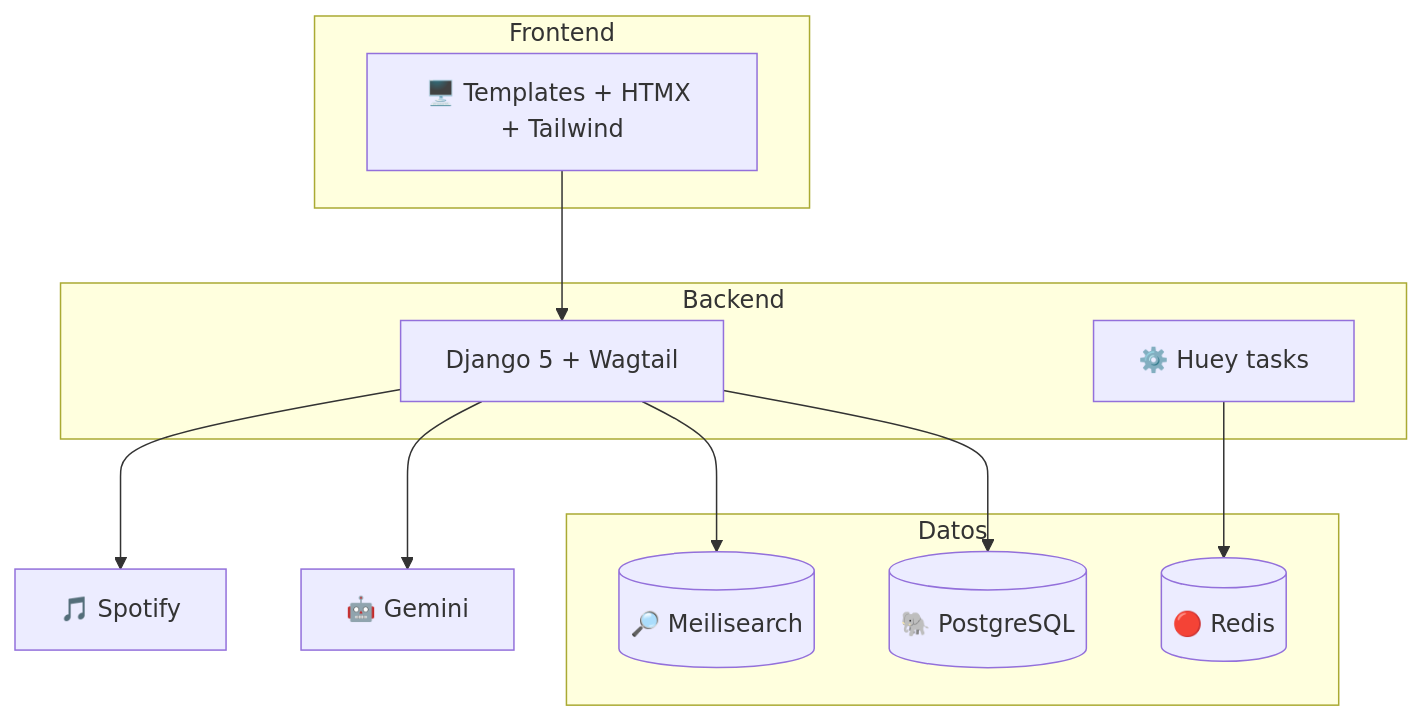
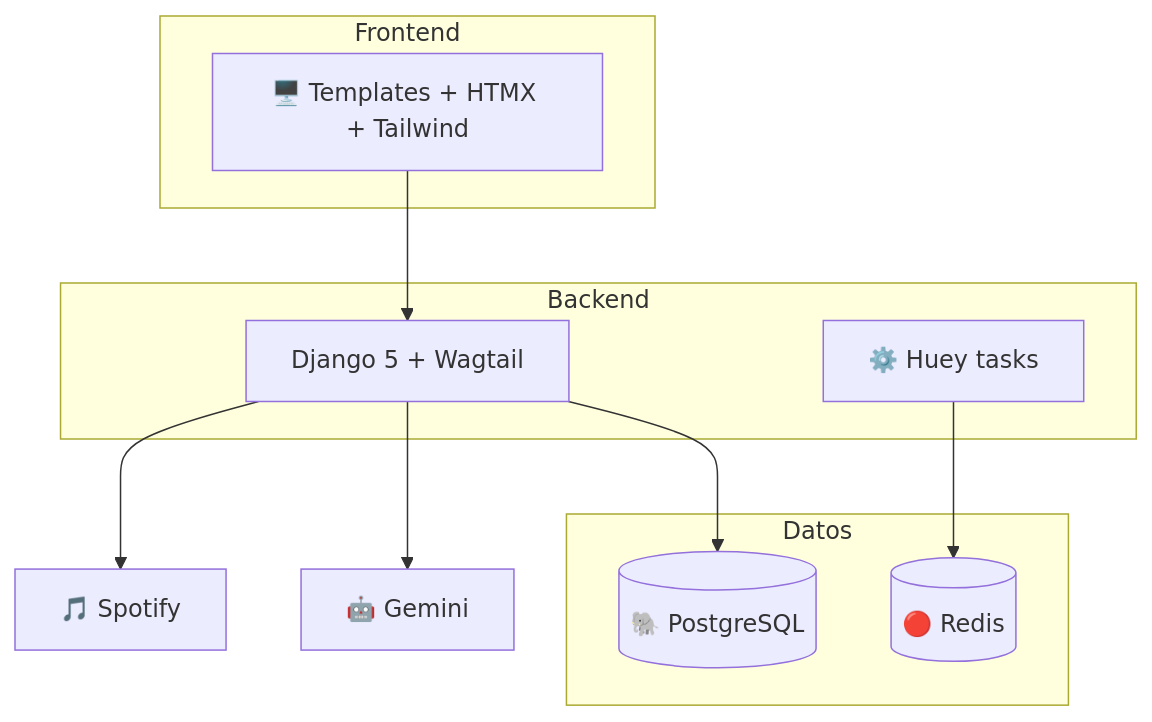
The first of 2 diagrams in documentacion/tecnica/arquitectura.md (deleyva/app-martina), drawn with Mermaid before and after one commit. The commit also changed other lines of this file and 47 other files, not shown here.

````diff
--- a/documentacion/tecnica/arquitectura.md
+++ b/documentacion/tecnica/arquitectura.md
@@ -13,21 +13,19 @@
 ```mermaid
 graph TB
     subgraph Frontend
         UI[🖥️ Templates + HTMX + Tailwind]
     end
     subgraph Backend
         DJANGO[Django 5 + Wagtail]
         HUEY[⚙️ Huey tasks]
     end
     subgraph Datos
         PG[(🐘 PostgreSQL)]
         REDIS[(🔴 Redis)]
-        MEILI[(🔎 Meilisearch)]
     end
     UI --> DJANGO
     DJANGO --> PG
-    DJANGO --> MEILI
     HUEY --> REDIS
     DJANGO --> GEMINI[🤖 Gemini]
     DJANGO --> SPOTIFY[🎵 Spotify]
 ```
````
